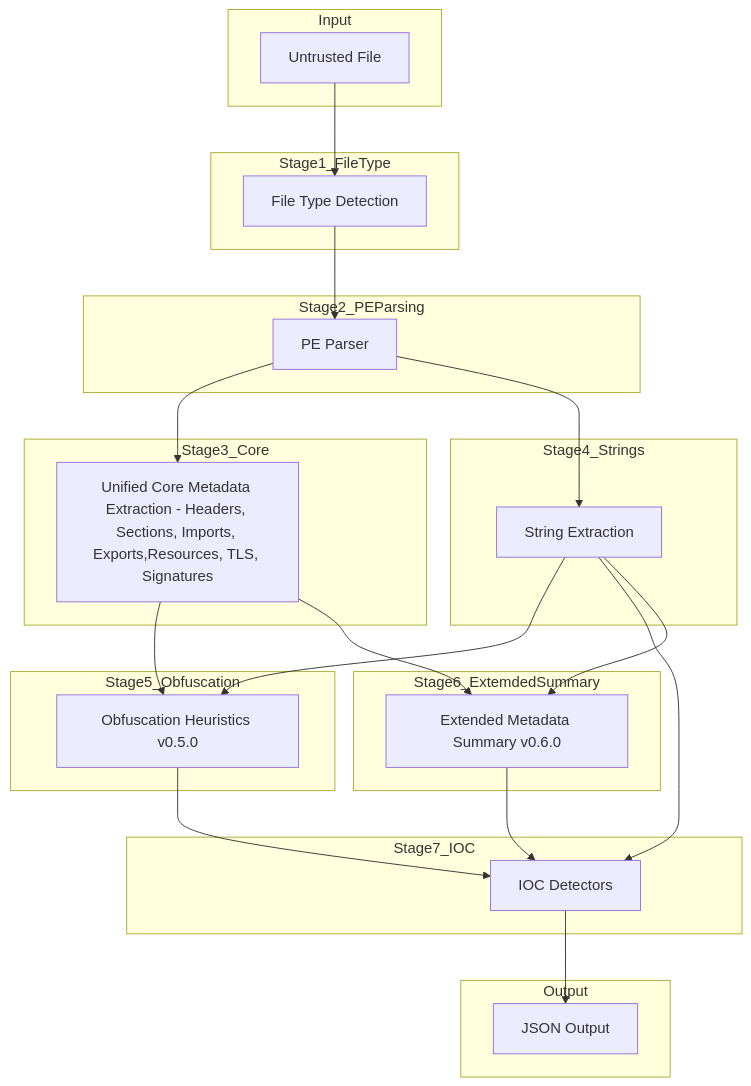
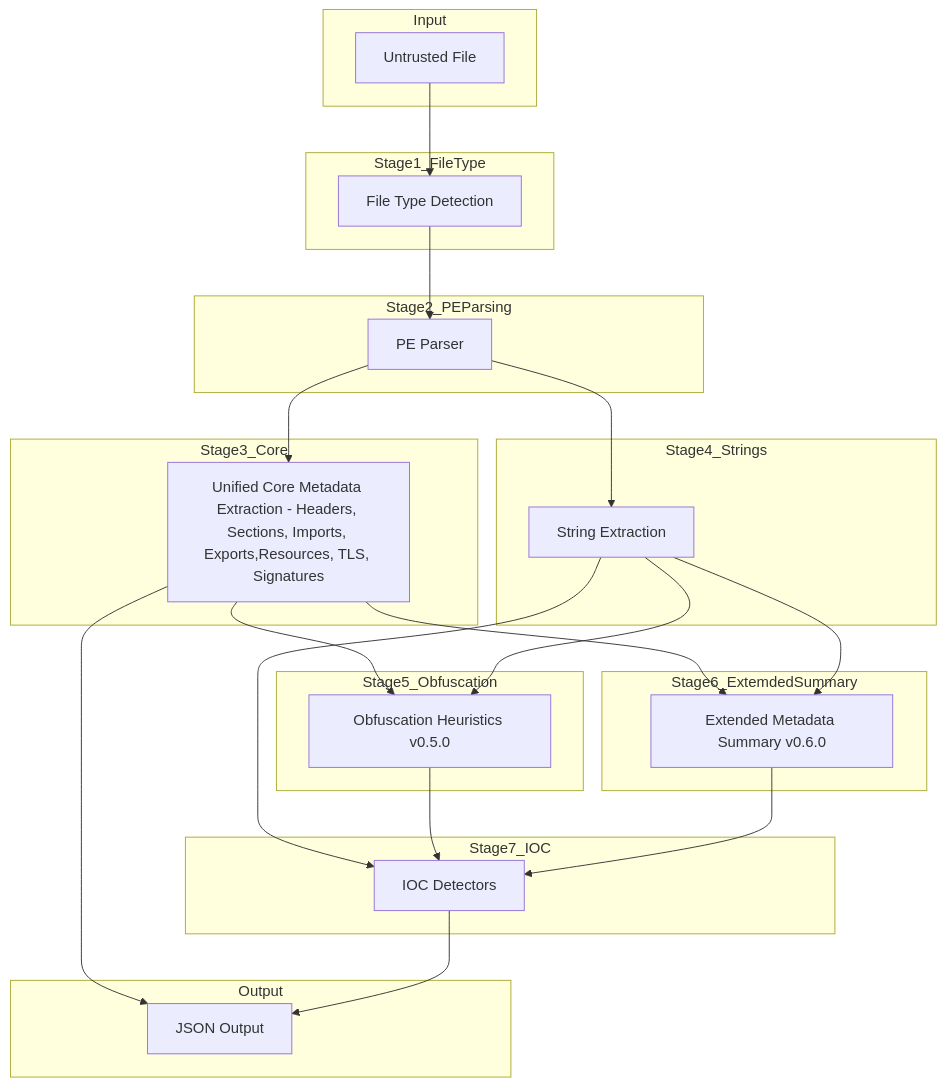
The diagram in docs/pe-pipeline.md (iocx-dev/iocx), drawn with Mermaid before and after one commit.

````diff
--- a/docs/pe-pipeline.md
+++ b/docs/pe-pipeline.md
@@ -33,57 +33,58 @@
 ```mermaid
 flowchart TD
 
     subgraph Input
         F[Untrusted File]
     end
 
     subgraph Stage1_FileType
         MAGIC[File Type Detection]
     end
 
     subgraph Stage2_PEParsing
         PE[PE Parser]
     end
 
     subgraph Stage3_Core
         CORE[Unified Core Metadata Extraction - Headers, Sections, Imports, Exports,Resources, TLS, Signatures]
     end
 
     subgraph Stage4_Strings
         STR[String Extraction]
     end
 
     subgraph Stage5_Obfuscation
         OBF[Obfuscation Heuristics v0.5.0]
     end
 
     subgraph Stage6_ExtemdedSummary
         META6[Extended Metadata Summary v0.6.0]
     end
 
     subgraph Stage7_IOC
         DET[IOC Detectors]
     end
 
     subgraph Output
         OUT[JSON Output]
     end
 
     F --> MAGIC
     MAGIC --> PE
 
     PE --> CORE
     PE --> STR
 
     CORE --> OBF
     STR --> OBF
 
+    CORE --> OUT
     STR --> DET
     OBF --> DET
 
     CORE--> META6
     STR --> META6
     META6 --> DET
 
     DET --> OUT
 ```
````
